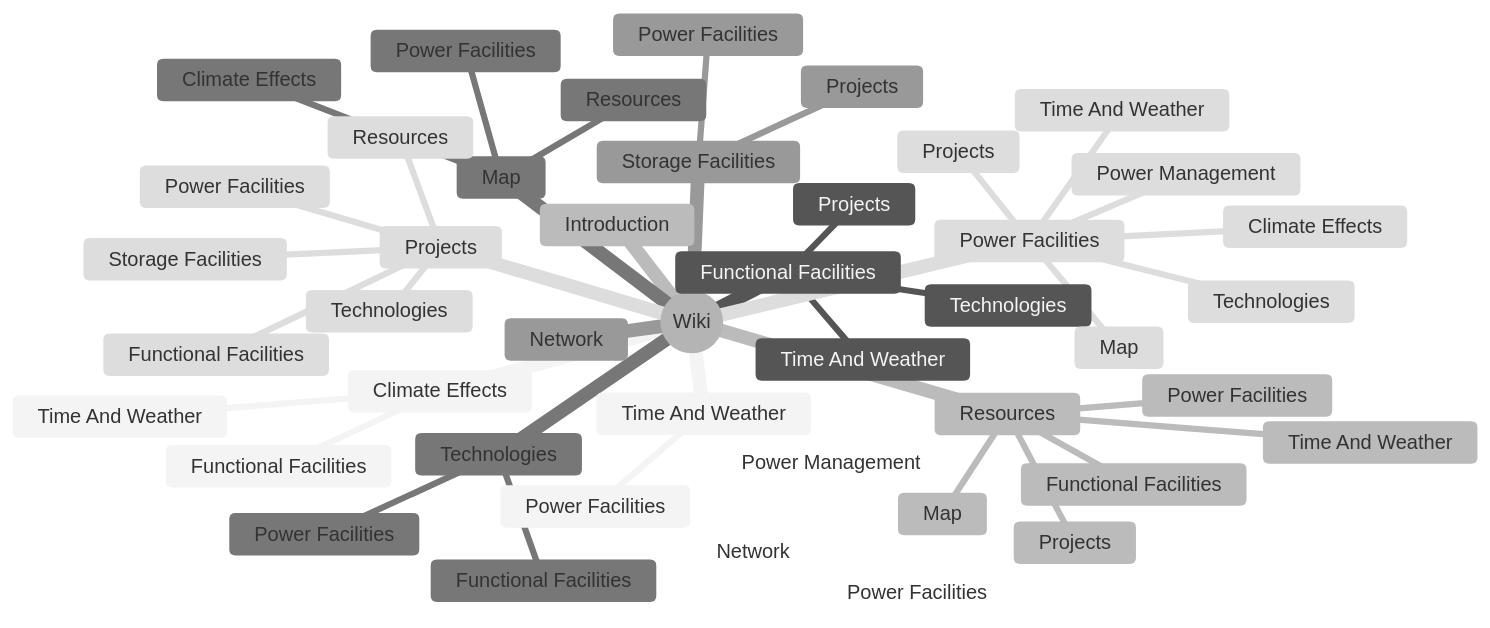
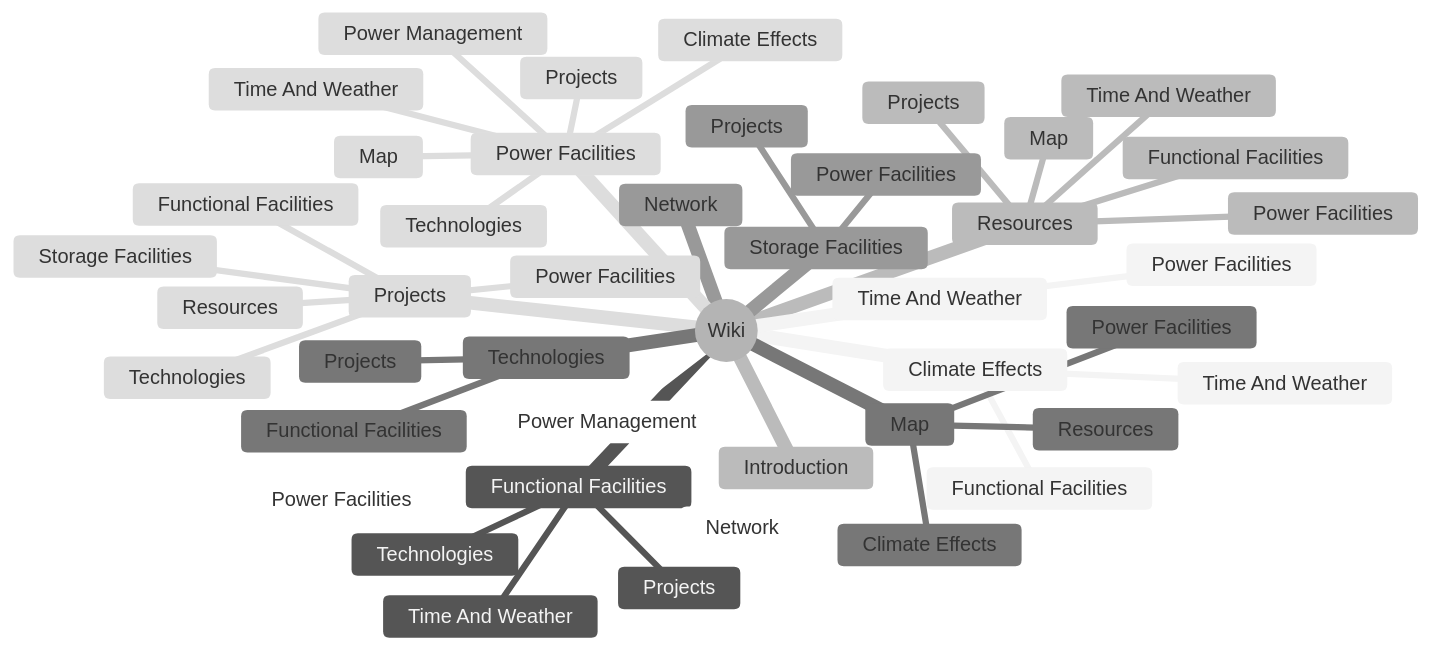
One commit to felixvonsamson/Energetica changed the second of 2 diagrams in wiki-links.md. Above: the diagram before and after it, drawn with Mermaid (neutral theme). The commit also changed other lines of this file and 6 other files, not shown here.

````diff
--- a/wiki-links.md
+++ b/wiki-links.md
@@ -93,47 +108,47 @@
 ```mermaid
 mindmap
   root((Wiki))
     Climate Effects
       Functional Facilities
       Time And Weather
     Functional Facilities
       Projects
       Time And Weather
       Technologies
     Introduction
     Map
       Power Facilities
       Resources
       Climate Effects
     Network
     Power Facilities
       Technologies
       Projects
       Time And Weather
       Map
       Power Management
       Climate Effects
     Power Management
       Power Facilities
       Network
     Projects
       Power Facilities
       Storage Facilities
       Resources
       Functional Facilities
       Technologies
     Resources
       Map
       Power Facilities
       Functional Facilities
       Projects
       Time And Weather
     Storage Facilities
       Projects
       Power Facilities
     Technologies
       Functional Facilities
-      Power Facilities
+      Projects
     Time And Weather
       Power Facilities
 ```
````
